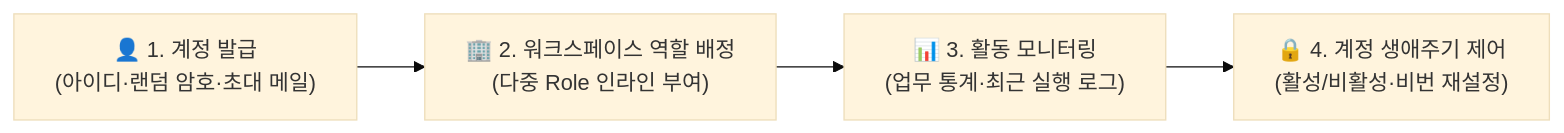
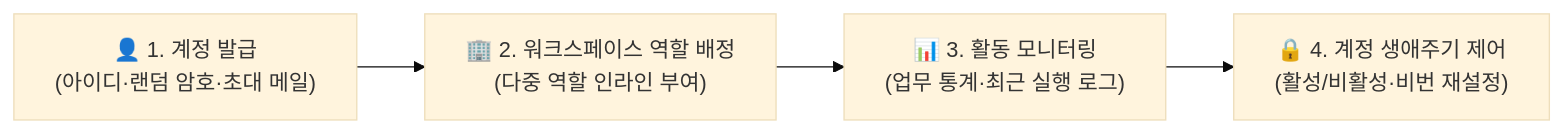
Before and after one commit to nc2U/ibs: the diagram in app/vue/docs/work-setting/user.md, drawn with Mermaid (base theme). The commit also changed other lines of this file and 51 other files, not shown here.

````diff
--- a/app/vue/docs/work-setting/user.md
+++ b/app/vue/docs/work-setting/user.md
@@ -17,6 +17,6 @@
 ```mermaid
 flowchart LR
-    A["👤 1. 계정 발급<br>(아이디·랜덤 암호·초대 메일)"] --> B["🏢 2. 워크스페이스 역할 배정<br>(다중 Role 인라인 부여)"]
+    A["👤 1. 계정 발급<br>(아이디·랜덤 암호·초대 메일)"] --> B["🏢 2. 워크스페이스 역할 배정<br>(다중 역할 인라인 부여)"]
     B --> C["📊 3. 활동 모니터링<br>(업무 통계·최근 실행 로그)"]
     C --> D["🔒 4. 계정 생애주기 제어<br>(활성/비활성·비번 재설정)"]
 ```
````
